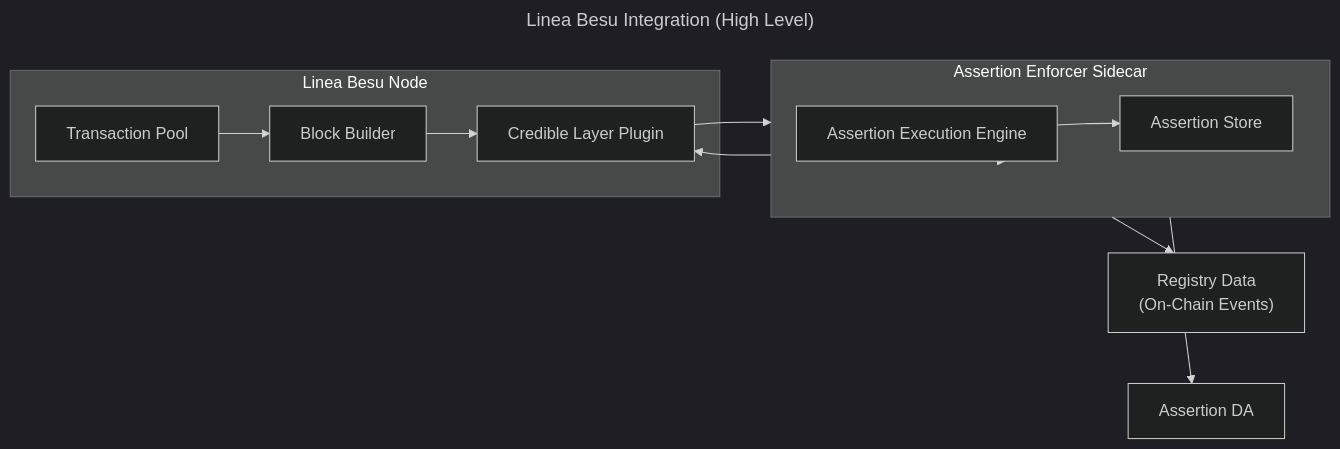
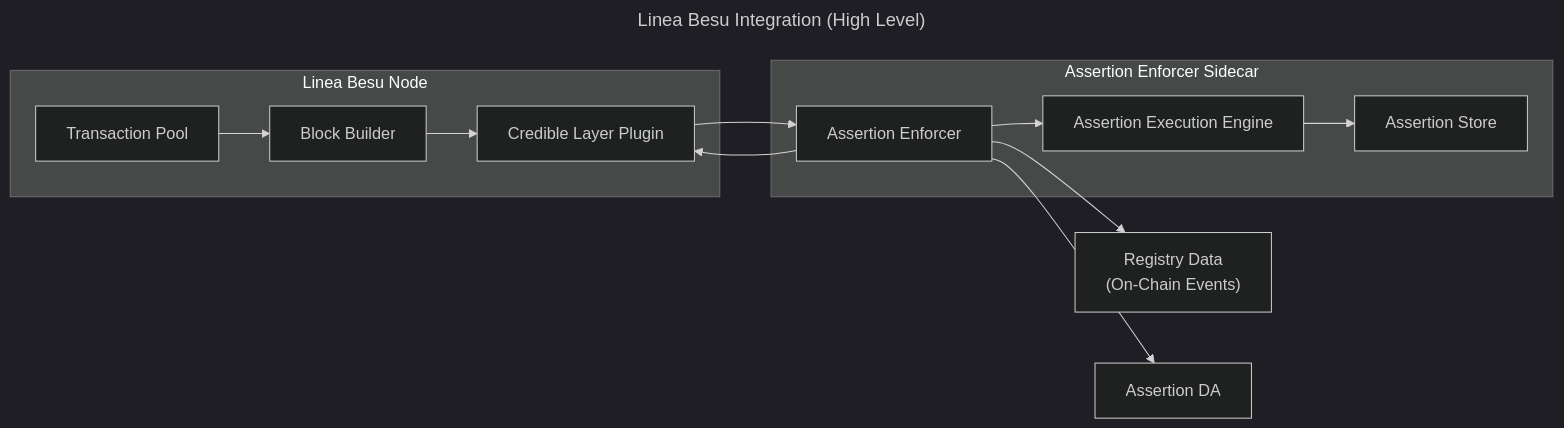
Before and after one commit to phylaxsystems/phylax-docs: the diagram in credible/architecture-linea.mdx, drawn with Mermaid (dark theme).

Commit message:
Fix Linea diagram node wiring

````diff
--- a/credible/architecture-linea.mdx
+++ b/credible/architecture-linea.mdx
@@ -22,28 +22,29 @@
 ```mermaid
 ---
 title: Linea Besu Integration (High Level)
 ---
 flowchart LR
   subgraph BesuNode["Linea Besu Node"]
     TxPool["Transaction Pool"]
     Builder["Block Builder"]
     Plugin["Credible Layer Plugin"]
   end
 
-  subgraph Sidecar["Assertion Enforcer Sidecar"]
+  subgraph SidecarGroup["Assertion Enforcer Sidecar"]
+    SidecarSvc["Assertion Enforcer"]
     Engine["Assertion Execution Engine"]
     Store["Assertion Store"]
+    SidecarSvc --> Engine
+    Engine --> Store
   end
 
   Registry["Registry Data<br/>(On-Chain Events)"]
   DA["Assertion DA"]
 
   TxPool --> Builder
   Builder --> Plugin
-  Plugin --> Sidecar
-  Sidecar --> Plugin
-  Sidecar --> Engine
-  Engine --> Store
-  Sidecar --> Registry
-  Sidecar --> DA
+  Plugin --> SidecarSvc
+  SidecarSvc --> Plugin
+  SidecarSvc --> Registry
+  SidecarSvc --> DA
 ```
````
